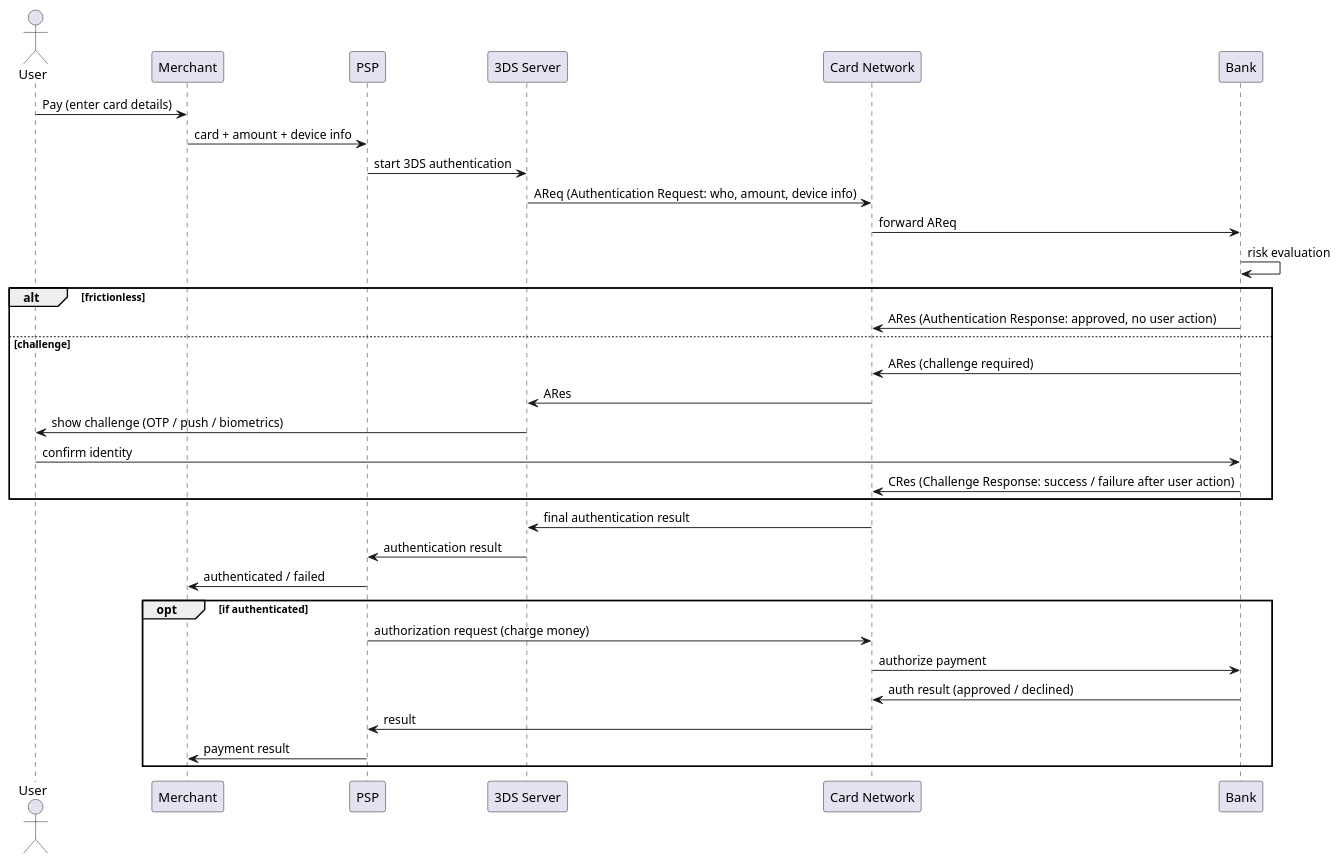
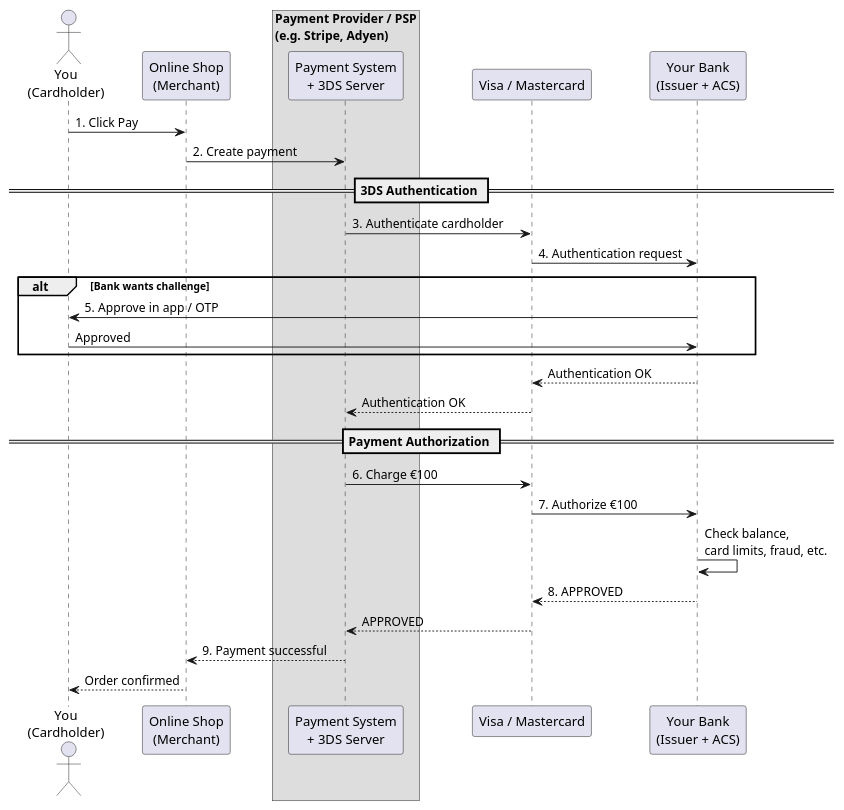
The diagram in _ Interviews/auth/3DS/3DS.puml (ervand7/Summary), drawn with PlantUML before and after one commit. The commit also changed 10 other files, not shown here.

```diff
--- a/_ Interviews/auth/3DS/3DS.puml
+++ b/_ Interviews/auth/3DS/3DS.puml
@@ -1,42 +1,41 @@
 @startuml
-actor User
-participant Merchant
-participant PSP
-participant "3DS Server" as ThreeDS
-participant "Card Network" as Network
-participant Bank
 
-User -> Merchant : Pay (enter card details)
-Merchant -> PSP : card + amount + device info
-PSP -> ThreeDS : start 3DS authentication
+actor "You\n(Cardholder)" as User
+participant "Online Shop\n(Merchant)" as Shop
 
-ThreeDS -> Network : AReq (Authentication Request: who, amount, device info)
-Network -> Bank : forward AReq
+box "Payment Provider / PSP\n(e.g. Stripe, Adyen)"
+    participant "Payment System\n+ 3DS Server" as PSP
+end box
 
-Bank -> Bank : risk evaluation
+participant "Visa / Mastercard" as Network
+participant "Your Bank\n(Issuer + ACS)" as Bank
 
-alt frictionless
-    Bank -> Network : ARes (Authentication Response: approved, no user action)
-else challenge
-    Bank -> Network : ARes (challenge required)
-    Network -> ThreeDS : ARes
-    ThreeDS -> User : show challenge (OTP / push / biometrics)
+User -> Shop: 1. Click Pay
+Shop -> PSP: 2. Create payment
 
-    User -> Bank : confirm identity
+== 3DS Authentication ==
 
-    Bank -> Network : CRes (Challenge Response: success / failure after user action)
+PSP -> Network: 3. Authenticate cardholder
+Network -> Bank: 4. Authentication request
+
+alt Bank wants challenge
+    Bank -> User: 5. Approve in app / OTP
+    User -> Bank: Approved
 end
 
-Network -> ThreeDS : final authentication result
-ThreeDS -> PSP : authentication result
-PSP -> Merchant : authenticated / failed
+Bank --> Network: Authentication OK
+Network --> PSP: Authentication OK
 
-opt if authenticated
-    PSP -> Network : authorization request (charge money)
-    Network -> Bank : authorize payment
-    Bank -> Network : auth result (approved / declined)
-    Network -> PSP : result
-    PSP -> Merchant : payment result
-end
+== Payment Authorization ==
+
+PSP -> Network: 6. Charge €100
+Network -> Bank: 7. Authorize €100
+
+Bank -> Bank: Check balance,\ncard limits, fraud, etc.
+
+Bank --> Network: 8. APPROVED
+Network --> PSP: APPROVED
+PSP --> Shop: 9. Payment successful
+Shop --> User: Order confirmed
 
 @enduml
```
